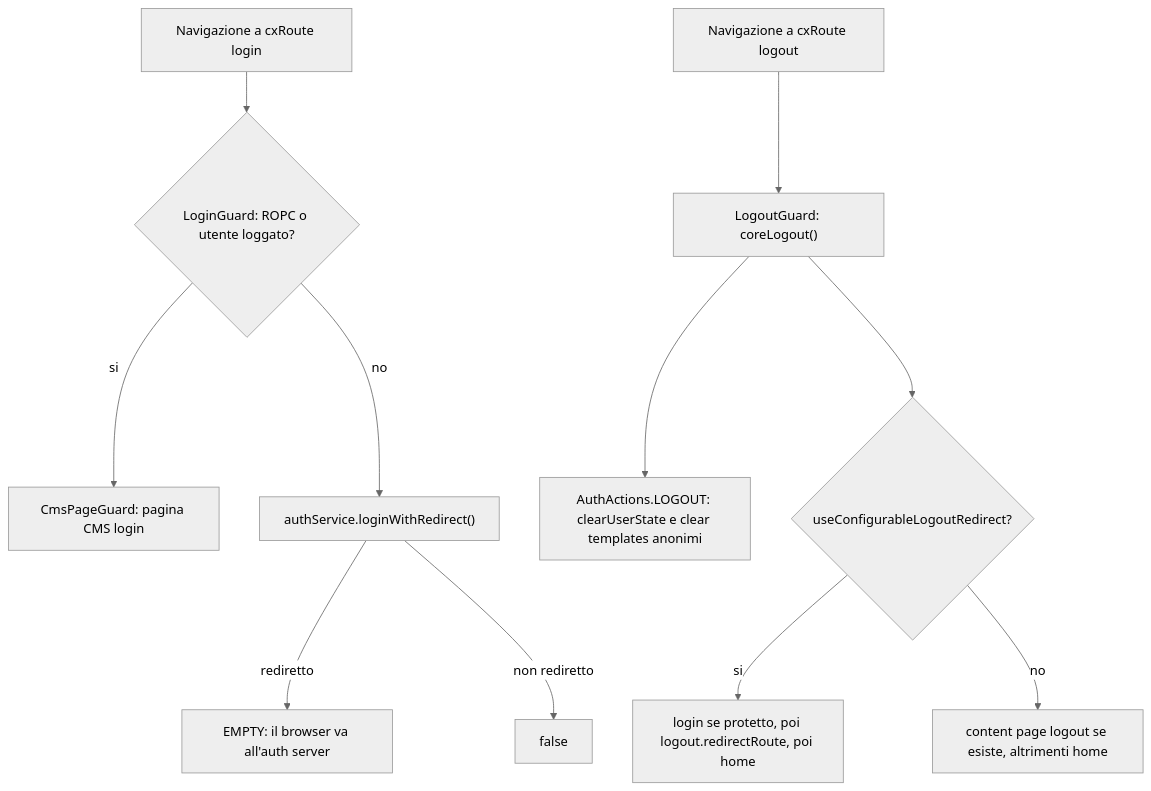
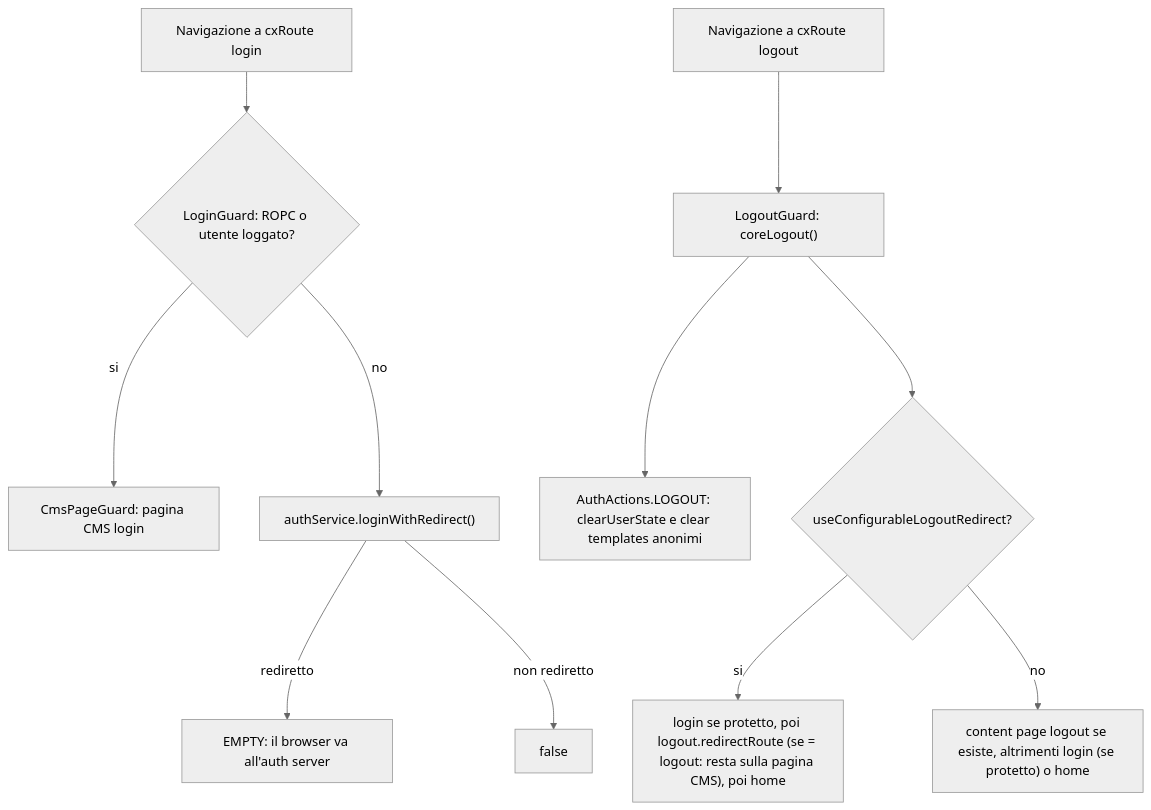
The fifth of 5 diagrams in docs/spartacus-book/parte-2/23-user.md (mgiuditta/spartacus), drawn with Mermaid (neutral theme) before and after one commit. The commit also changed other lines of this file and 4 other files, not shown here.

````diff
--- a/docs/spartacus-book/parte-2/23-user.md
+++ b/docs/spartacus-book/parte-2/23-user.md
@@ -311,13 +314,13 @@
 ```mermaid
 flowchart TD
   A["Navigazione a cxRoute login"] --> B{"LoginGuard: ROPC o utente loggato?"}
   B -- "si" --> C["CmsPageGuard: pagina CMS login"]
   B -- "no" --> D["authService.loginWithRedirect()"]
   D -- "rediretto" --> E["EMPTY: il browser va all'auth server"]
   D -- "non rediretto" --> F["false"]
   G["Navigazione a cxRoute logout"] --> H["LogoutGuard: coreLogout()"]
   H --> I["AuthActions.LOGOUT: clearUserState e clear templates anonimi"]
   H --> J{"useConfigurableLogoutRedirect?"}
-  J -- "si" --> K["login se protetto, poi logout.redirectRoute, poi home"]
-  J -- "no" --> L["content page logout se esiste, altrimenti home"]
+  J -- "si" --> K["login se protetto, poi logout.redirectRoute (se = logout: resta sulla pagina CMS), poi home"]
+  J -- "no" --> L["content page logout se esiste, altrimenti login (se protetto) o home"]
 ```
````
